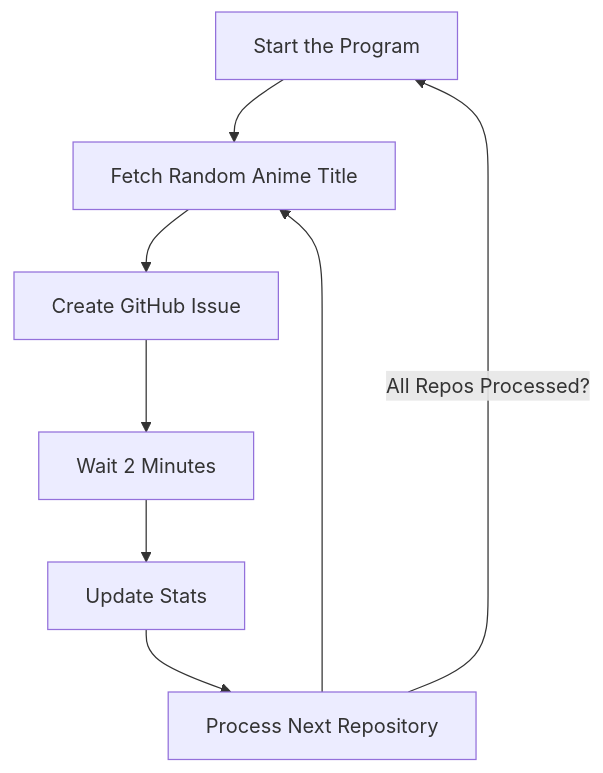
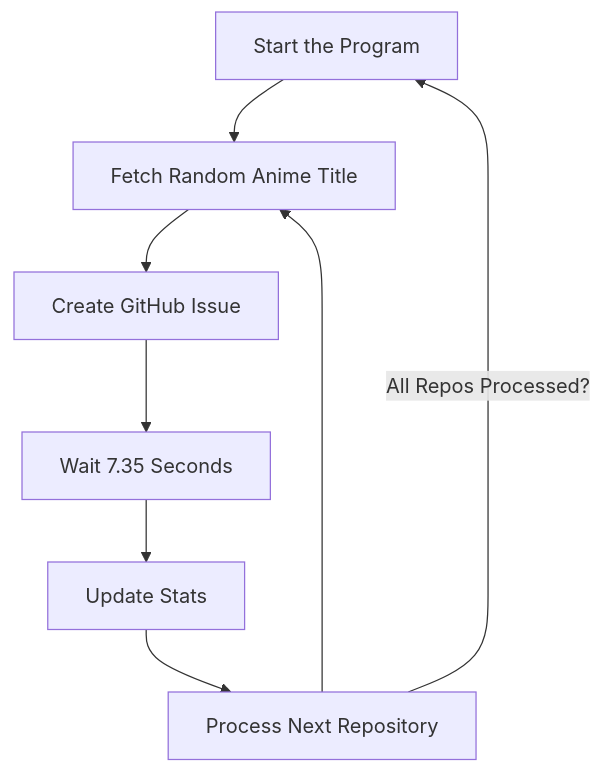
One commit to prestonzen/Anime-Issue-Creator changed the diagram in README.md. Above: the diagram before and after it, drawn with Mermaid. The commit also changed other lines of this file and 1 other file, not shown here.

````diff
--- a/README.md
+++ b/README.md
@@ -116,10 +117,10 @@
 ```mermaid
 graph TD
     Start[Start the Program] --> FetchTitle[Fetch Random Anime Title]
     FetchTitle --> CreateIssue[Create GitHub Issue]
-    CreateIssue --> Wait[Wait 2 Minutes]
+    CreateIssue --> Wait[Wait 7.35 Seconds]
     Wait --> Stats[Update Stats]
     Stats --> NextRepo[Process Next Repository]
     NextRepo -->|All Repos Processed?| Start
     NextRepo --> FetchTitle
 ```
````
